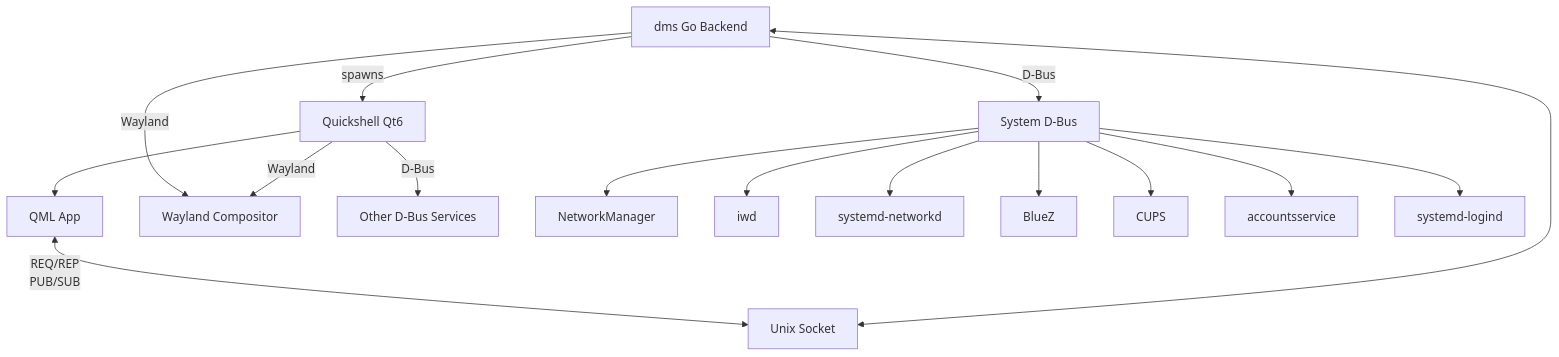
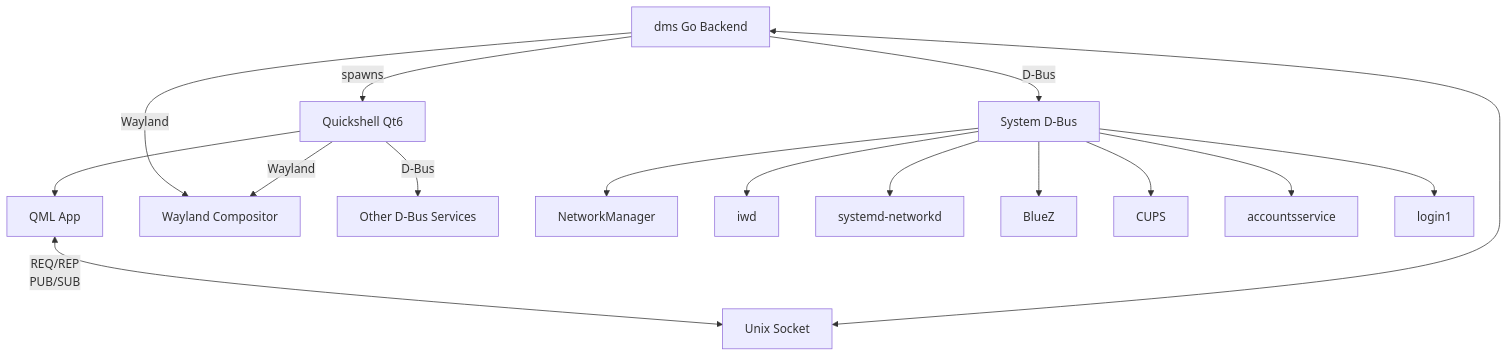
The diagram in docs/dankmaterialshell/overview.mdx (AvengeMedia/DankLinux-Docs), drawn with Mermaid before and after one commit. The commit also changed other lines of this file and 1 other file, not shown here.

Commit message:
minor tweaks

````diff
--- a/docs/dankmaterialshell/overview.mdx
+++ b/docs/dankmaterialshell/overview.mdx
@@ -50,28 +51,28 @@
 ```mermaid
 flowchart TD
     DMS[dms Go Backend]
     QS[Quickshell Qt6]
     QML[QML App]
     SOCK[Unix Socket]
 
     WL[Wayland Compositor]
     DBUS[System D-Bus]
 
     DMS -->|spawns| QS
     QS --> QML
     QML <-->|REQ/REP<br/>PUB/SUB| SOCK
     SOCK <--> DMS
 
     DMS -->|D-Bus| DBUS
     DMS -->|Wayland| WL
     QS -->|D-Bus| DBUS_OTHER[Other D-Bus Services]
     QS -->|Wayland| WL
 
     DBUS --> NM[NetworkManager]
     DBUS --> IWD[iwd]
     DBUS --> NETD[systemd-networkd]
     DBUS --> BLZ[BlueZ]
     DBUS --> CUPS[CUPS]
     DBUS --> ACC[accountsservice]
-    DBUS --> LOGIN[systemd-logind]
+    DBUS --> LOGIN[login1]
 ```
````
